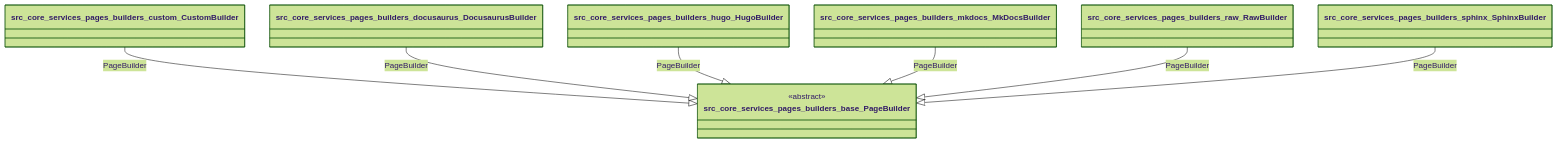
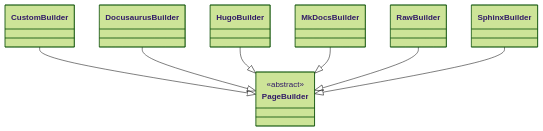
Before and after one commit to cyberpunk042/devops-control-plane: the sixth of 35 diagrams in docs/diagrams/class_architecture.md, drawn with Mermaid (forest theme). The commit also changed other lines of this file and 3 other files, not shown here.

````diff
--- a/docs/diagrams/class_architecture.md
+++ b/docs/diagrams/class_architecture.md
@@ -256,27 +256,27 @@
 ```mermaid
 classDiagram
     direction TD
 
-    class src_core_services_pages_builders_custom_CustomBuilder {
+    class CustomBuilder {
     }
-    class src_core_services_pages_builders_docusaurus_DocusaurusBuilder {
+    class DocusaurusBuilder {
     }
-    class src_core_services_pages_builders_hugo_HugoBuilder {
+    class HugoBuilder {
     }
-    class src_core_services_pages_builders_mkdocs_MkDocsBuilder {
+    class MkDocsBuilder {
     }
-    class src_core_services_pages_builders_base_PageBuilder {
+    class PageBuilder {
         <<abstract>>
     }
-    class src_core_services_pages_builders_raw_RawBuilder {
+    class RawBuilder {
     }
-    class src_core_services_pages_builders_sphinx_SphinxBuilder {
+    class SphinxBuilder {
     }
 
-    src_core_services_pages_builders_custom_CustomBuilder --|> src_core_services_pages_builders_base_PageBuilder : PageBuilder
-    src_core_services_pages_builders_docusaurus_DocusaurusBuilder --|> src_core_services_pages_builders_base_PageBuilder : PageBuilder
-    src_core_services_pages_builders_hugo_HugoBuilder --|> src_core_services_pages_builders_base_PageBuilder : PageBuilder
-    src_core_services_pages_builders_mkdocs_MkDocsBuilder --|> src_core_services_pages_builders_base_PageBuilder : PageBuilder
-    src_core_services_pages_builders_raw_RawBuilder --|> src_core_services_pages_builders_base_PageBuilder : PageBuilder
-    src_core_services_pages_builders_sphinx_SphinxBuilder --|> src_core_services_pages_builders_base_PageBuilder : PageBuilder
+    CustomBuilder --|> PageBuilder
+    DocusaurusBuilder --|> PageBuilder
+    HugoBuilder --|> PageBuilder
+    MkDocsBuilder --|> PageBuilder
+    RawBuilder --|> PageBuilder
+    SphinxBuilder --|> PageBuilder
 ```
````
